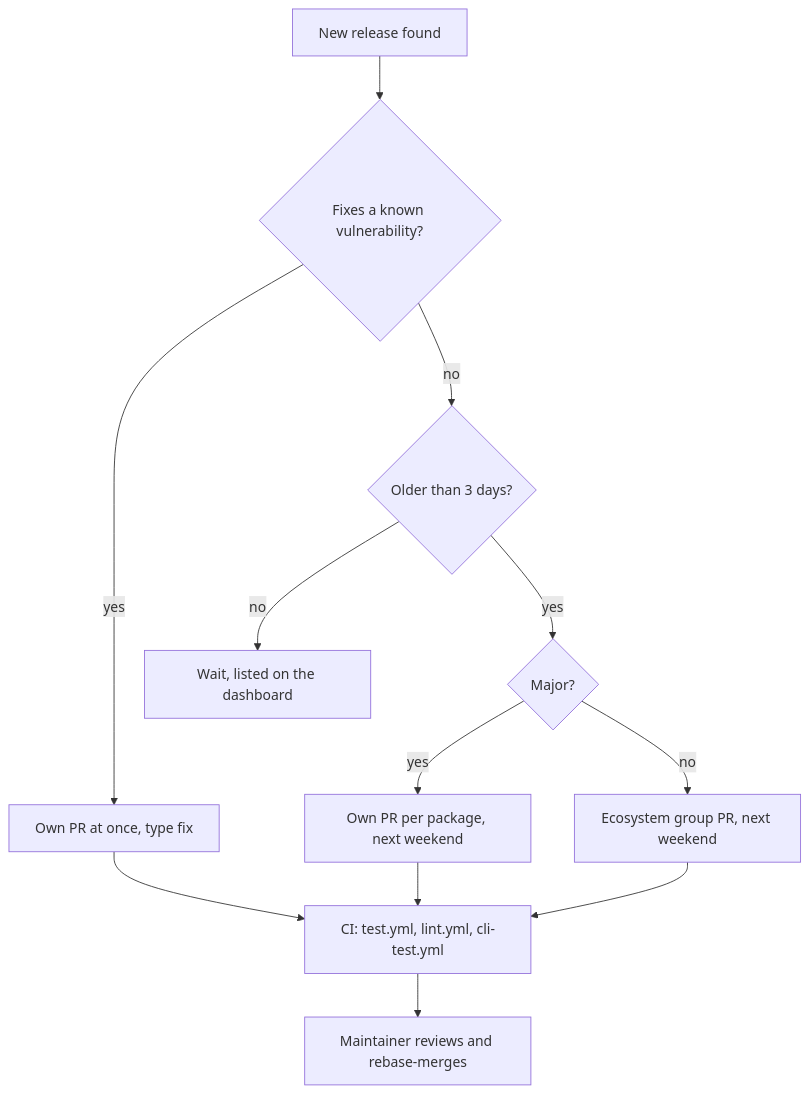
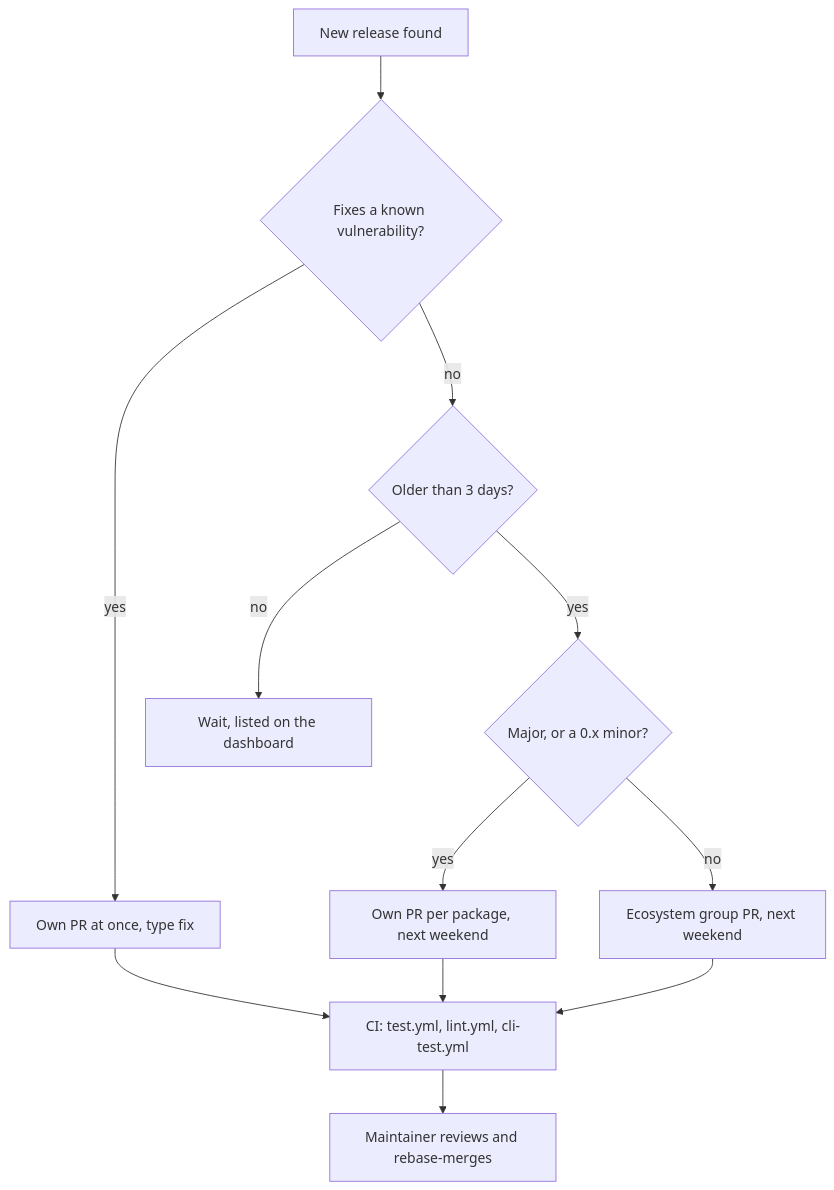
One commit to scylladb/argus changed the diagram in tasks/ARGUS-140/spec.md. Above: the diagram before and after it, drawn with Mermaid. The commit also changed other lines of this file and 2 other files, not shown here.

First line of the commit message:
improvement(dependencies): give each 0.x minor update its own PR

````diff
--- a/tasks/ARGUS-140/spec.md
+++ b/tasks/ARGUS-140/spec.md
@@ -43,12 +44,12 @@
 ```mermaid
 flowchart TD
     R[New release found] --> V{Fixes a known vulnerability?}
     V -->|yes| S[Own PR at once, type fix]
     V -->|no| A{Older than 3 days?}
     A -->|no| W[Wait, listed on the dashboard]
-    A -->|yes| M{Major?}
+    A -->|yes| M{Major, or a 0.x minor?}
     M -->|yes| P[Own PR per package, next weekend]
     M -->|no| G[Ecosystem group PR, next weekend]
     S & P & G --> C[CI: test.yml, lint.yml, cli-test.yml]
     C --> H[Maintainer reviews and rebase-merges]
 ```
````
